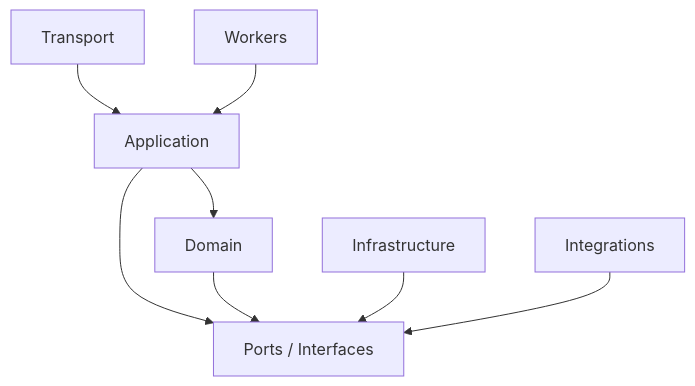
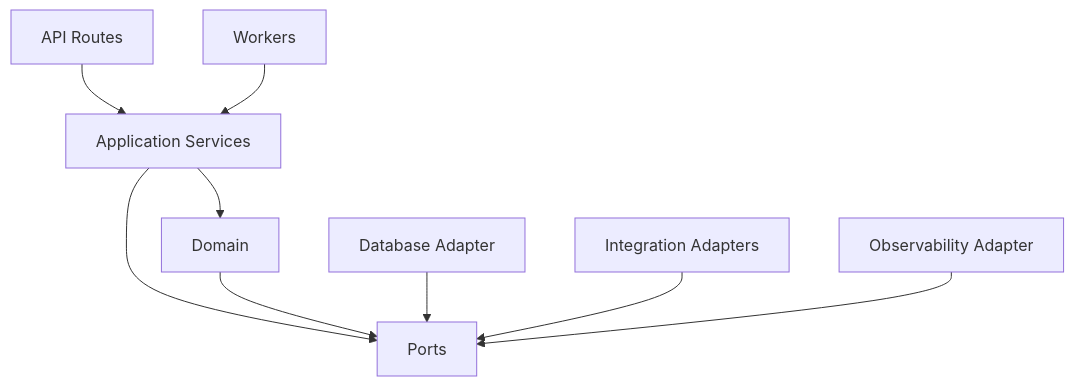
Before and after one commit to D-engahmed/OMILINKS: the first of 3 diagrams in docs/architecture/LLD.md, drawn with Mermaid. The commit also changed other lines of this file and 4 other files, not shown here.

Commit message:
docs: deepen architecture implementation blueprints

```diff
--- a/docs/architecture/LLD.md
+++ b/docs/architecture/LLD.md
@@ -51,10 +50,11 @@
 ~~~mermaid
 flowchart TB
-API[Transport] --> APP[Application]
+HTTP[API Routes] --> APP[Application Services]
+WORKER[Workers] --> APP
 APP --> DOMAIN[Domain]
-APP --> PORTS[Ports / Interfaces]
+APP --> PORTS[Ports]
 DOMAIN --> PORTS
-INFRA[Infrastructure] --> PORTS
-INTEG[Integrations] --> PORTS
-WORKER[Workers] --> APP
+DB[Database Adapter] --> PORTS
+PROVIDER[Integration Adapters] --> PORTS
+OBS[Observability Adapter] --> PORTS
 ~~~
```
